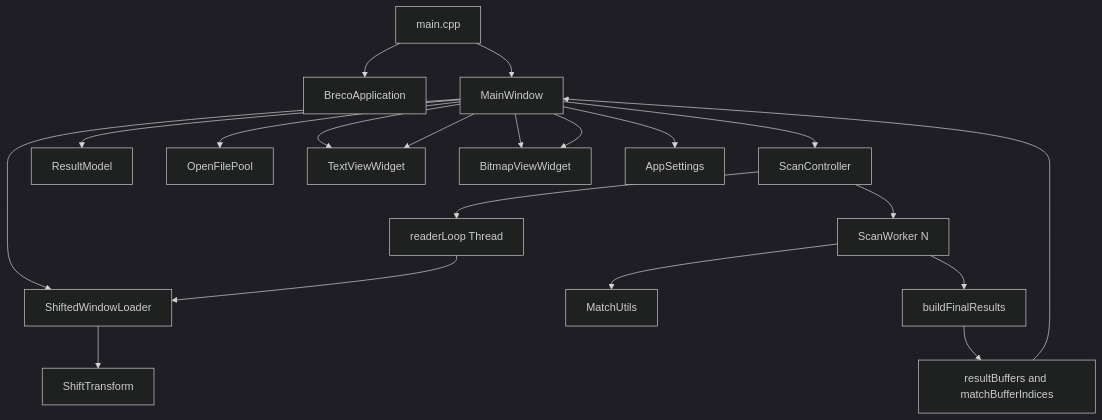
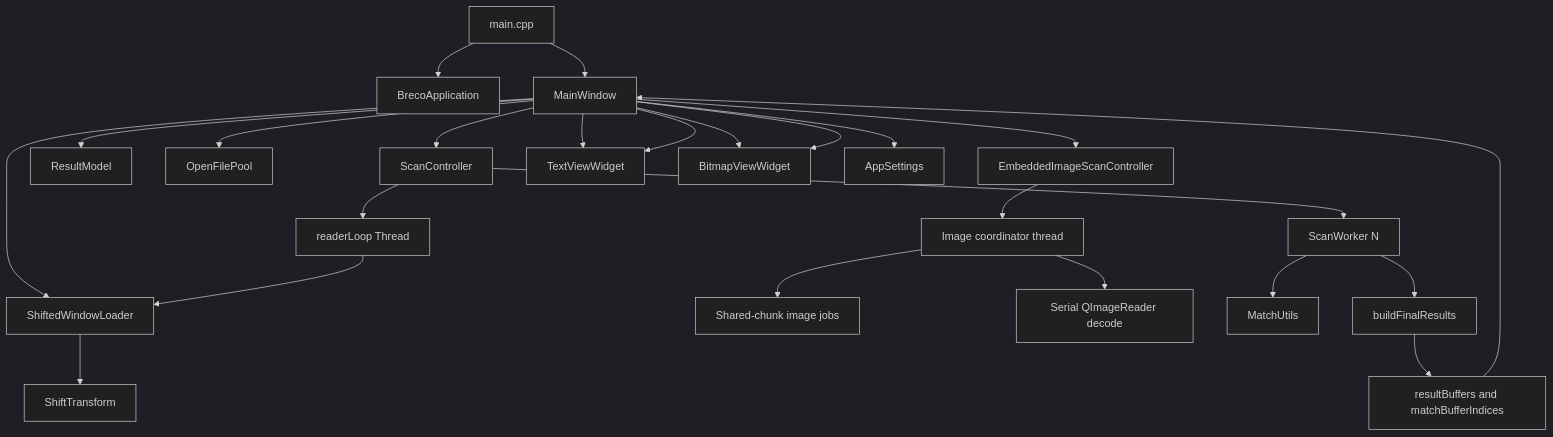
One commit to DusteDdk/Breco changed the second of 2 diagrams in docs/codemap.md. Above: the diagram before and after it, drawn with Mermaid (dark theme). The commit also changed other lines of this file and 93 other files, not shown here.

Commit message:
Windows port, struct visalization, image scanner

````diff
--- a/docs/codemap.md
+++ b/docs/codemap.md
@@ -91,22 +108,26 @@
 ```mermaid
 flowchart TD
 mainEntry[main.cpp] --> brecoApp[BrecoApplication]
 mainEntry --> mainWindow[MainWindow]
 mainWindow --> scanController[ScanController]
 mainWindow --> resultModel[ResultModel]
 mainWindow --> filePool[OpenFilePool]
 mainWindow --> windowLoader[ShiftedWindowLoader]
+mainWindow --> imageScanner[EmbeddedImageScanController]
 mainWindow --> textWidget[TextViewWidget]
 mainWindow --> bitmapWidget[BitmapViewWidget]
 scanController --> readerLoop[readerLoop Thread]
 scanController --> workers[ScanWorker N]
+imageScanner --> imageCoordinator[Image coordinator thread]
+imageCoordinator --> imageJobs[Shared-chunk image jobs]
+imageCoordinator --> imageDecode[Serial QImageReader decode]
 readerLoop --> windowLoader
 windowLoader --> shiftTransform[ShiftTransform]
 workers --> matchUtils[MatchUtils]
 workers --> mergeResults[buildFinalResults]
 mergeResults --> resultBuffers[resultBuffers and matchBufferIndices]
 resultBuffers --> mainWindow
 mainWindow --> textWidget
 mainWindow --> bitmapWidget
 mainWindow --> appSettings[AppSettings]
 ```
````
